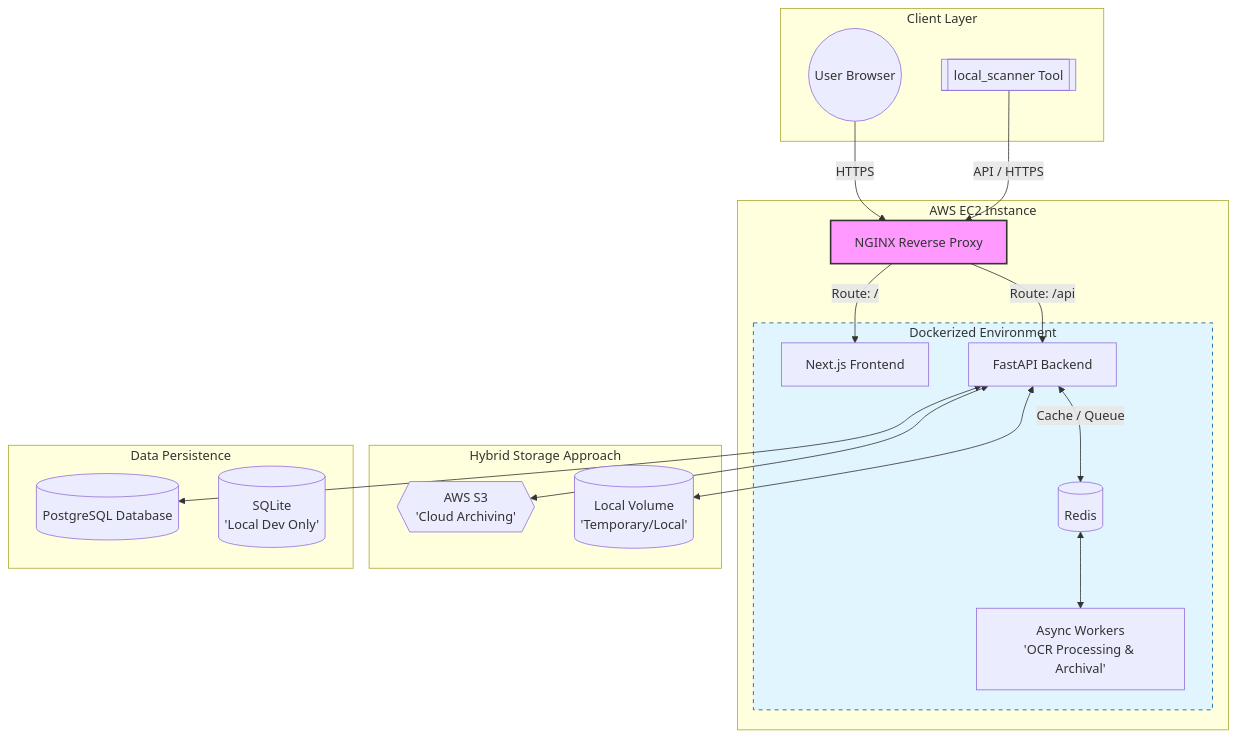
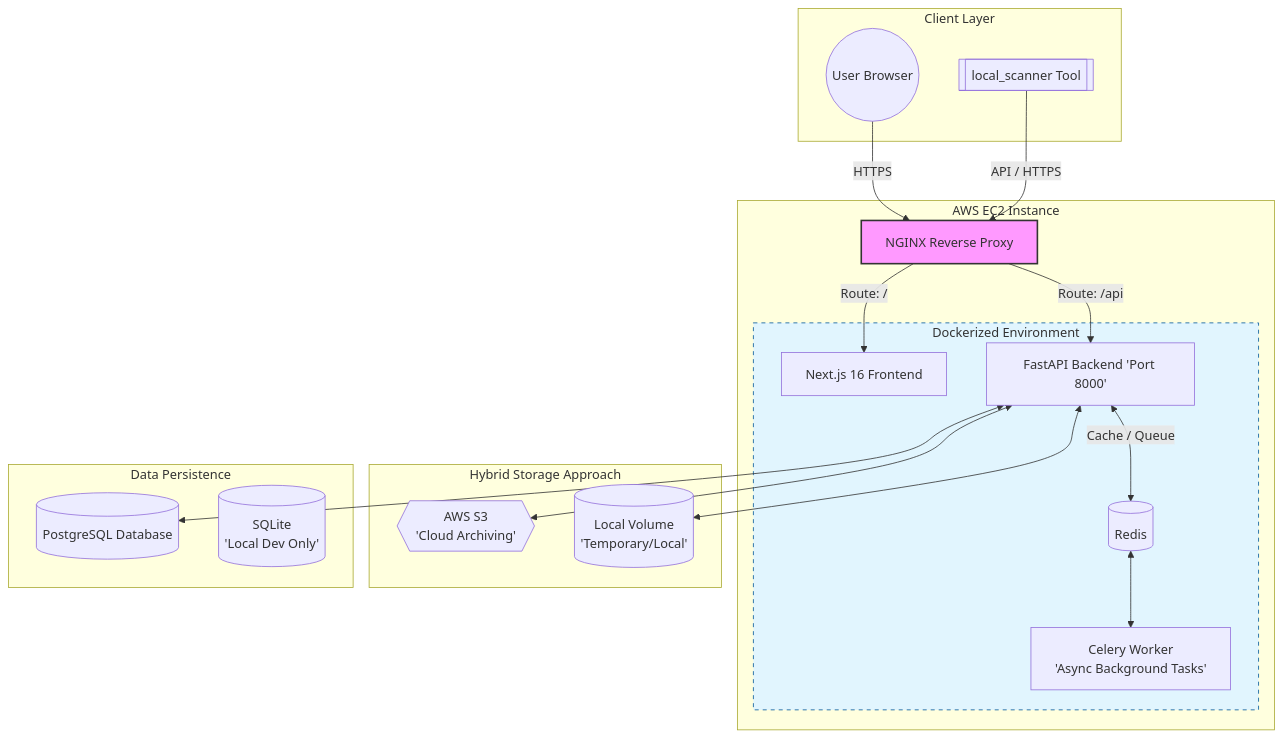
One commit to digifortlabs/digifortlabs changed the first of 4 diagrams in docs/workflow_diagrams.md. Above: the diagram before and after it, drawn with Mermaid. The commit also changed other lines of this file and 56 other files, not shown here.

````diff
--- a/docs/workflow_diagrams.md
+++ b/docs/workflow_diagrams.md
@@ -9,44 +9,44 @@
 ```mermaid
 graph TD
     subgraph ClientLayer [Client Layer]
         User((User Browser))
         ScannerApp[[local_scanner Tool]]
     end
 
     subgraph Infrastructure [AWS EC2 Instance]
         NGINX[NGINX Reverse Proxy]
         
         subgraph DockerEnvironment [Dockerized Environment]
-            Frontend[Next.js Frontend]
-            Backend[FastAPI Backend]
-            Workers[Async Workers<br/>'OCR Processing & Archival']
+            Frontend[Next.js 16 Frontend]
+            Backend[FastAPI Backend 'Port 8000']
+            CeleryWorker[Celery Worker<br/>'Async Background Tasks']
             Redis[(Redis)]
         end
     end
 
     subgraph StorageLayer [Hybrid Storage Approach]
         S3{{AWS S3<br/>'Cloud Archiving'}}
         LocalStorage[(Local Volume<br/>'Temporary/Local')]
     end
 
     subgraph DataLayer [Data Persistence]
         DB[(PostgreSQL Database)]
         SQLite[(SQLite<br/>'Local Dev Only')]
     end
 
     User -->|HTTPS| NGINX
     ScannerApp -->|API / HTTPS| NGINX
     
     NGINX -->|Route: /| Frontend
     NGINX -->|Route: /api| Backend
     
     Backend <-->|Cache / Queue| Redis
-    Redis <--> Workers
+    Redis <--> CeleryWorker
     
     Backend <--> DB
     Backend <--> S3
     Backend <--> LocalStorage
     
     style NGINX fill:#f9f,stroke:#333,stroke-width:2px
     style DockerEnvironment fill:#e1f5fe,stroke:#01579b,stroke-dasharray: 5 5
 ```
````
